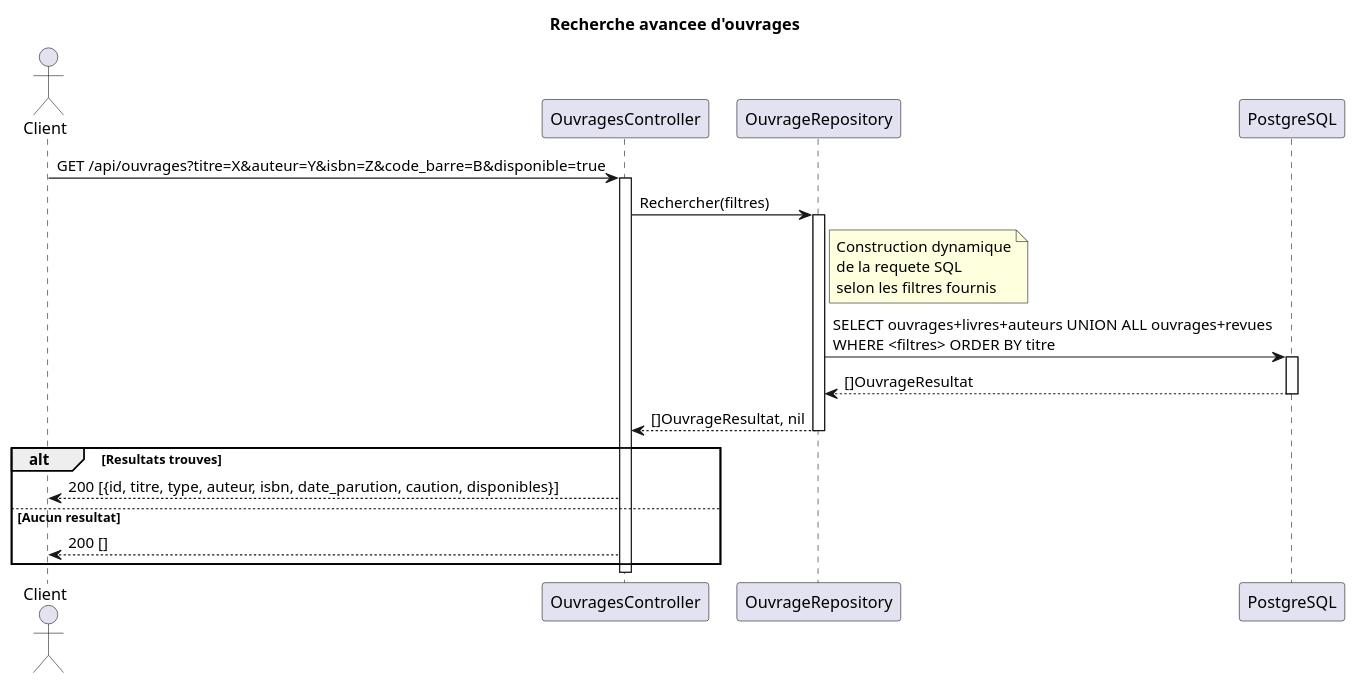
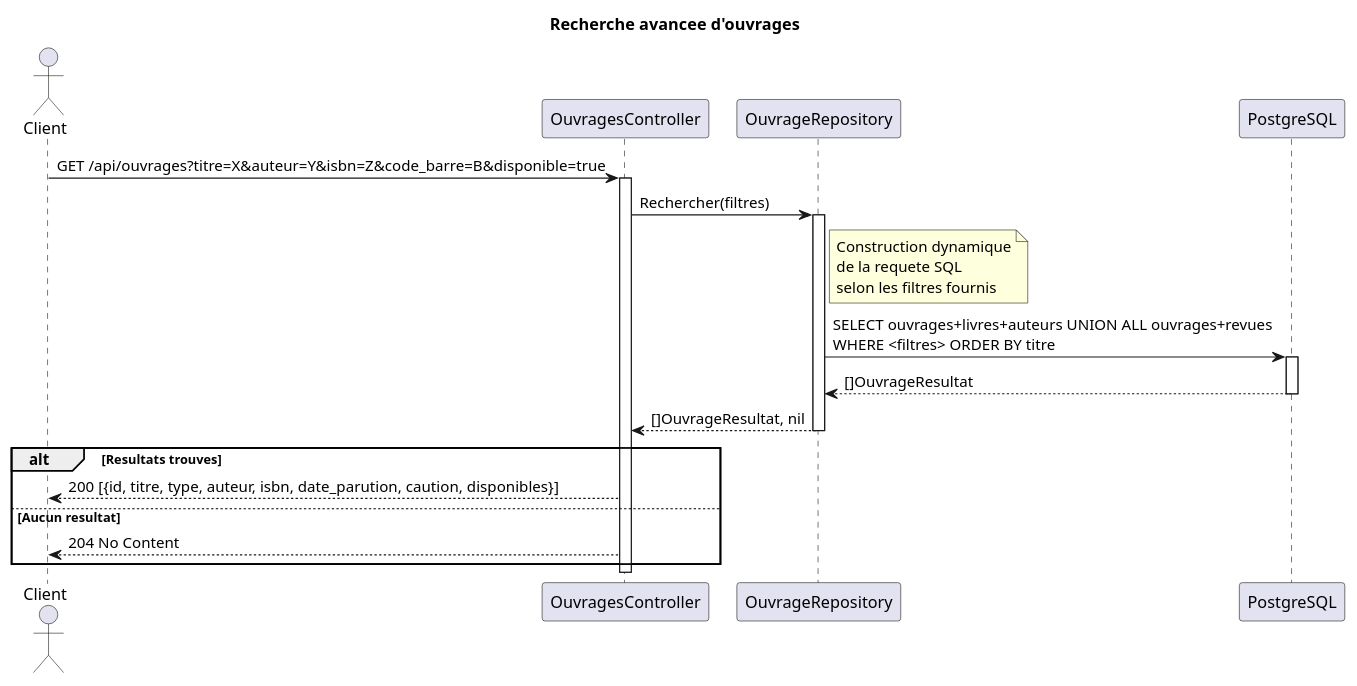
One commit to eadl-jaffre/bibliotheque changed the diagram in back/diagrams/04_recherche.puml. Above: the diagram before and after it, drawn with PlantUML. The commit also changed 17 other files, not shown here.

```diff
--- a/back/diagrams/04_recherche.puml
+++ b/back/diagrams/04_recherche.puml
@@ -1,26 +1,26 @@
 @startuml
 title Recherche avancee d'ouvrages
 
 actor "Client" as C
 participant "OuvragesController" as CTL
 participant "OuvrageRepository" as OR
 participant "PostgreSQL" as DB
 
 C -> CTL : GET /api/ouvrages?titre=X&auteur=Y&isbn=Z&code_barre=B&disponible=true
 activate CTL
 CTL -> OR : Rechercher(filtres)
 activate OR
 note right of OR : Construction dynamique\nde la requete SQL\nselon les filtres fournis
 OR -> DB : SELECT ouvrages+livres+auteurs UNION ALL ouvrages+revues\nWHERE <filtres> ORDER BY titre
 activate DB
 DB --> OR : []OuvrageResultat
 deactivate DB
 OR --> CTL : []OuvrageResultat, nil
 deactivate OR
 alt Resultats trouves
 CTL --> C : 200 [{id, titre, type, auteur, isbn, date_parution, caution, disponibles}]
 else Aucun resultat
-CTL --> C : 200 []
+CTL --> C : 204 No Content
 end
 deactivate CTL
 @enduml
```
